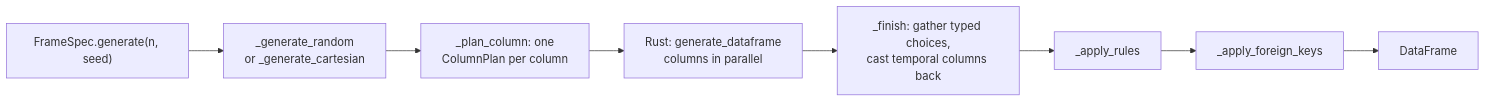
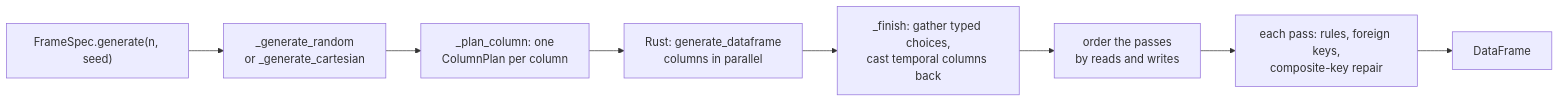
One commit to MaxwellB13/polspec changed the first of 2 diagrams in docs/reference/architecture.md. Above: the diagram before and after it, drawn with Mermaid. The commit also changed other lines of this file and 31 other files, not shown here.

````diff
--- a/docs/reference/architecture.md
+++ b/docs/reference/architecture.md
@@ -38,10 +39,10 @@
 ```mermaid
 flowchart LR
     A["FrameSpec.generate(n, seed)"] --> B["_generate_random<br/>or _generate_cartesian"]
     B --> C["_plan_column: one<br/>ColumnPlan per column"]
     C --> D["Rust: generate_dataframe<br/>columns in parallel"]
     D --> E["_finish: gather typed choices,<br/>cast temporal columns back"]
-    E --> F["_apply_rules"]
-    F --> G["_apply_foreign_keys"]
+    E --> F["order the passes<br/>by reads and writes"]
+    F --> G["each pass: rules, foreign keys,<br/>composite-key repair"]
     G --> H[DataFrame]
 ```
````
